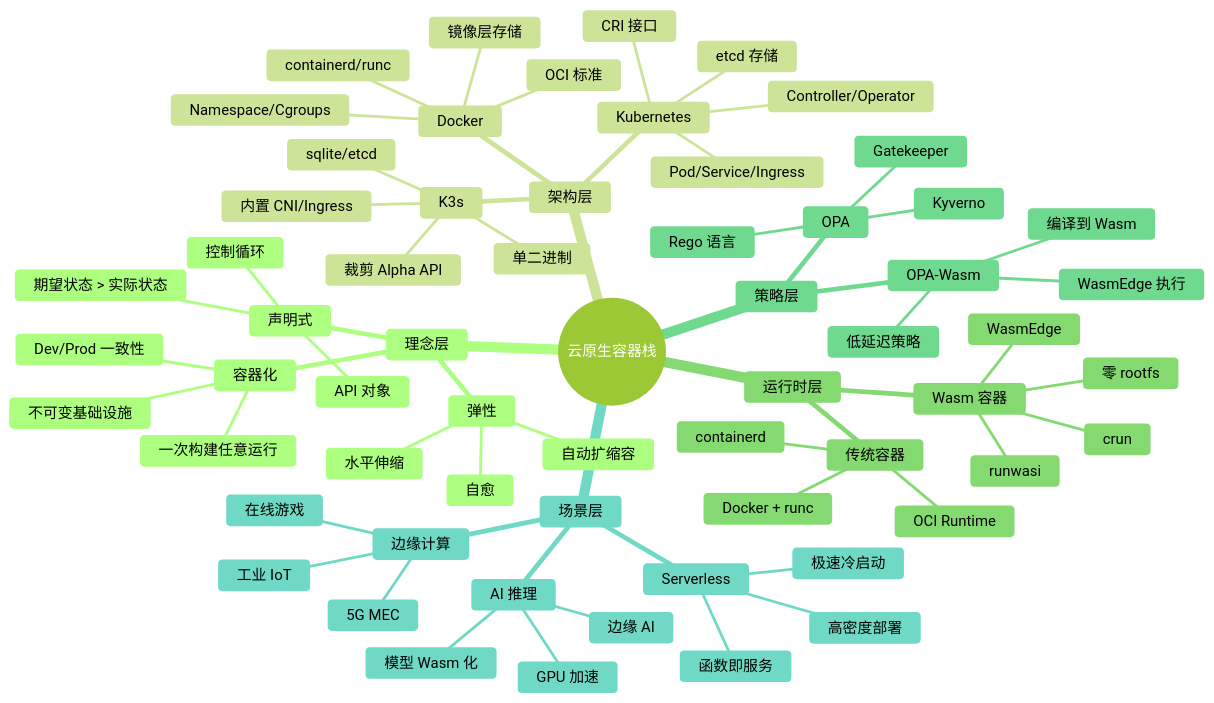
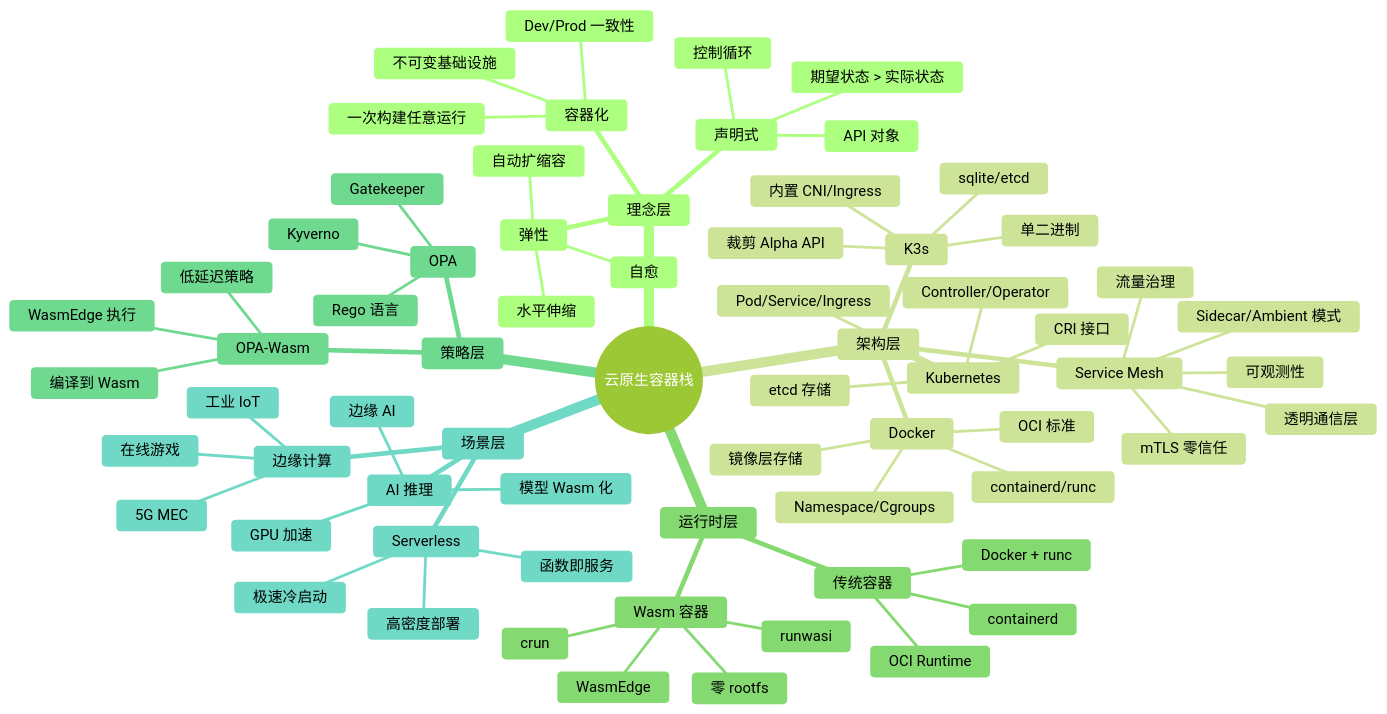
One commit to AdaMartin18010/wasmedge_k3s changed the first of 8 diagrams in docs/COGNITIVE/00-knowledge-map/knowledge-map.md. Above: the diagram before and after it, drawn with Mermaid (forest theme). The commit also changed other lines of this file and 197 other files, not shown here.

````diff
--- a/docs/COGNITIVE/00-knowledge-map/knowledge-map.md
+++ b/docs/COGNITIVE/00-knowledge-map/knowledge-map.md
@@ -53,65 +53,71 @@
 ```mermaid
 mindmap
   root((云原生容器栈))
     理念层
       容器化
         一次构建任意运行
         Dev/Prod 一致性
         不可变基础设施
       声明式
         期望状态 > 实际状态
         控制循环
         API 对象
       弹性
         自愈
         水平伸缩
         自动扩缩容
     架构层
       Docker
         镜像层存储
         Namespace/Cgroups
         containerd/runc
         OCI 标准
       Kubernetes
         Pod/Service/Ingress
         Controller/Operator
         etcd 存储
         CRI 接口
       K3s
         单二进制
         sqlite/etcd
         内置 CNI/Ingress
         裁剪 Alpha API
+      Service Mesh
+        透明通信层
+        Sidecar/Ambient 模式
+        mTLS 零信任
+        流量治理
+        可观测性
     运行时层
       传统容器
         Docker + runc
         containerd
         OCI Runtime
       Wasm 容器
         WasmEdge
         crun
         runwasi
         零 rootfs
     策略层
       OPA
         Rego 语言
         Gatekeeper
         Kyverno
       OPA-Wasm
         编译到 Wasm
         WasmEdge 执行
         低延迟策略
     场景层
       边缘计算
         5G MEC
         工业 IoT
         在线游戏
       Serverless
         函数即服务
         极速冷启动
         高密度部署
       AI 推理
         模型 Wasm 化
         GPU 加速
         边缘 AI
 ```
````
